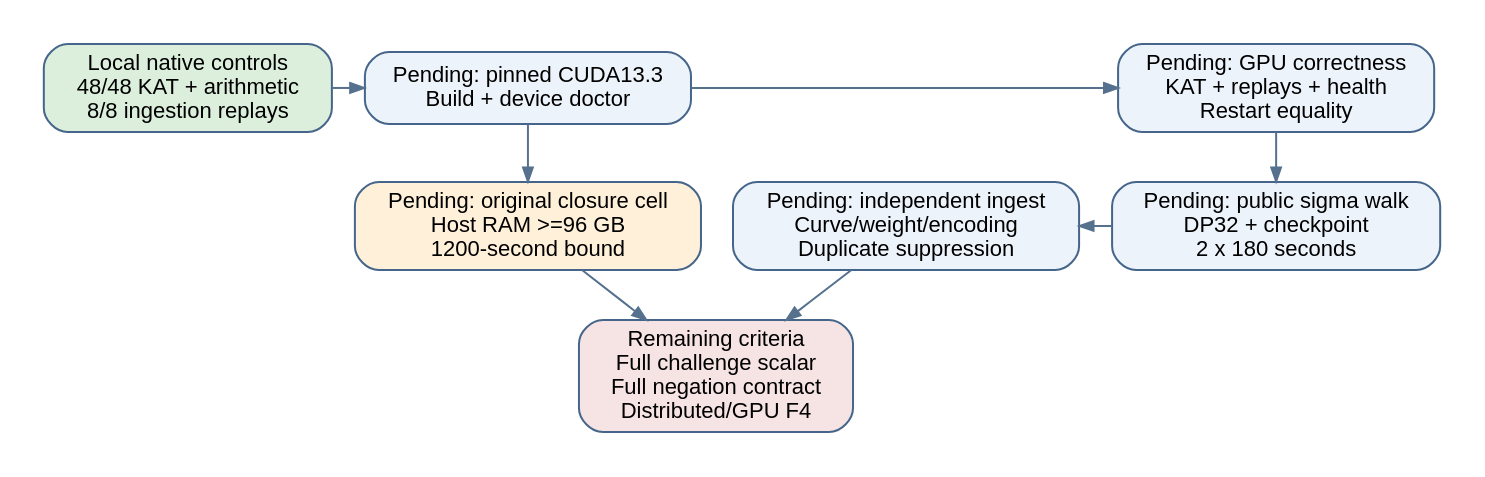
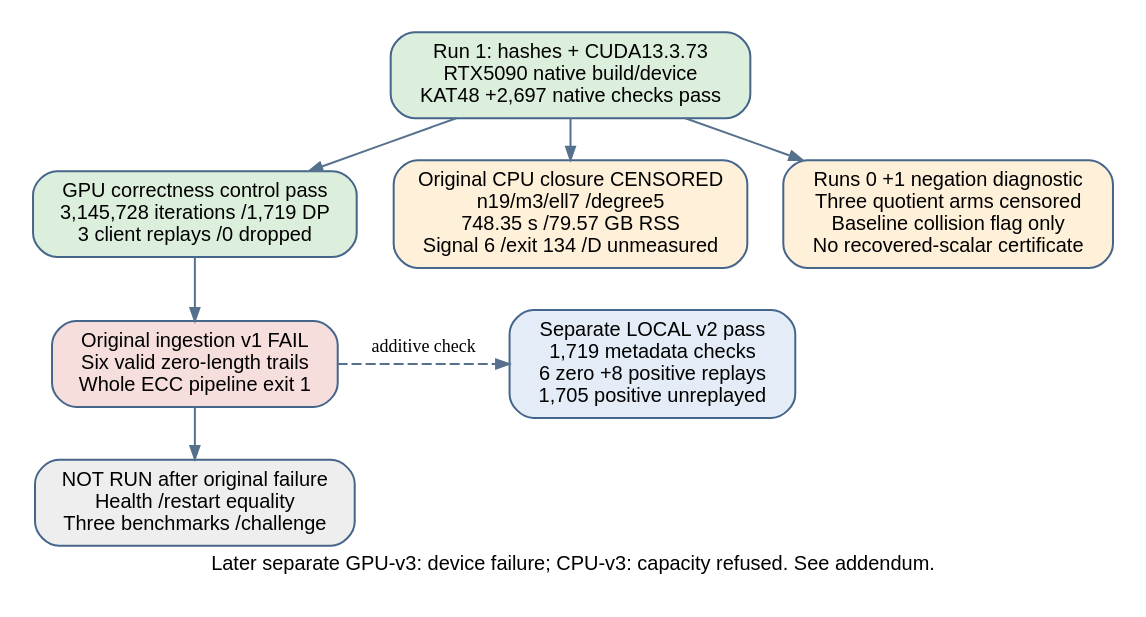
The diagram in experiments/ideas_gpu_20261018/reports/run-flow.dot (isogeny-labs/cryptanalysis), drawn with Graphviz before and after one commit. The commit also changed 193 other files, not shown here.

Commit message:
research: preserve GPU gates and failed memory frontier measurements

```diff
--- a/experiments/ideas_gpu_20261018/reports/run-flow.dot
+++ b/experiments/ideas_gpu_20261018/reports/run-flow.dot
@@ -1,20 +1,18 @@
 digraph G {
-  graph [rankdir=TB,bgcolor="white",pad="0.2",nodesep="0.22",ranksep="0.35",fontname="Helvetica"];
-  node [shape=box,style="rounded,filled",fillcolor="#edf3fb",color="#45658a",fontname="Helvetica",fontsize=11];
-  edge [color="#56718e",arrowsize=0.7];
-  host [label="Local native controls\n48/48 KAT + arithmetic\n8/8 ingestion replays",fillcolor="#dcefdc"];
-  build [label="Pending: pinned CUDA13.3\nBuild + device doctor"];
-  gate [label="Pending: GPU correctness\nKAT + replays + health\nRestart equality"];
-  walk [label="Pending: public sigma walk\nDP32 + checkpoint\n2 x 180 seconds"];
-  ingest [label="Pending: independent ingest\nCurve/weight/encoding\nDuplicate suppression"];
-  frontier [label="Pending: original closure cell\nHost RAM >=96 GB\n1200-second bound",fillcolor="#fff0da"];
-  limit [label="Remaining criteria\nFull challenge scalar\nFull negation contract\nDistributed/GPU F4",fillcolor="#f6e3e3"];
-  {rank=same;host;build;gate;}
-  {rank=same;walk;ingest;frontier;}
-  host -> build -> gate [constraint=false];
-  gate -> walk;
-  walk -> ingest [constraint=false];
-  build -> frontier;
-  ingest -> limit;
-  frontier -> limit;
+ graph [rankdir=TB,bgcolor="white",pad="0.12",nodesep="0.25",ranksep="0.28",fontname="Helvetica",label="Later separate GPU-v3: device failure; CPU-v3: capacity refused. See addendum.",labelloc="b",fontsize=10];
+ node [shape=box,style="rounded,filled",fillcolor="#dcefdc",color="#45658a",fontname="Helvetica",fontsize=10,margin="0.1,0.07"];
+ edge [color="#56718e",arrowsize=0.65];
+ build [label="Run 1: hashes + CUDA13.3.73\nRTX5090 native build/device\nKAT48 +2,697 native checks pass"];
+ gpu [label="GPU correctness control pass\n3,145,728 iterations /1,719 DP\n3 client replays /0 dropped"];
+ reject [label="Original ingestion v1 FAIL\nSix valid zero-length trails\nWhole ECC pipeline exit 1",fillcolor="#f6dedd"];
+ local [label="Separate LOCAL v2 pass\n1,719 metadata checks\n6 zero +8 positive replays\n1,705 positive unreplayed",fillcolor="#e4ecf7"];
+ notrun [label="NOT RUN after original failure\nHealth /restart equality\nThree benchmarks /challenge",fillcolor="#eeeeee"];
+ frontier [label="Original CPU closure CENSORED\nn19/m3/ell7 /degree5\n748.35 s /79.57 GB RSS\nSignal 6 /exit 134 /D unmeasured",fillcolor="#fff0da"];
+ neg [label="Runs 0 +1 negation diagnostic\nThree quotient arms censored\nBaseline collision flag only\nNo recovered-scalar certificate",fillcolor="#fff0da"];
+ build -> gpu -> reject -> notrun;
+ build -> frontier;
+ build -> neg;
+ reject -> local [style=dashed,label="additive check",fontsize=9];
+ {rank=same;gpu;frontier;neg;}
+ {rank=same;reject;local;}
 }
```
